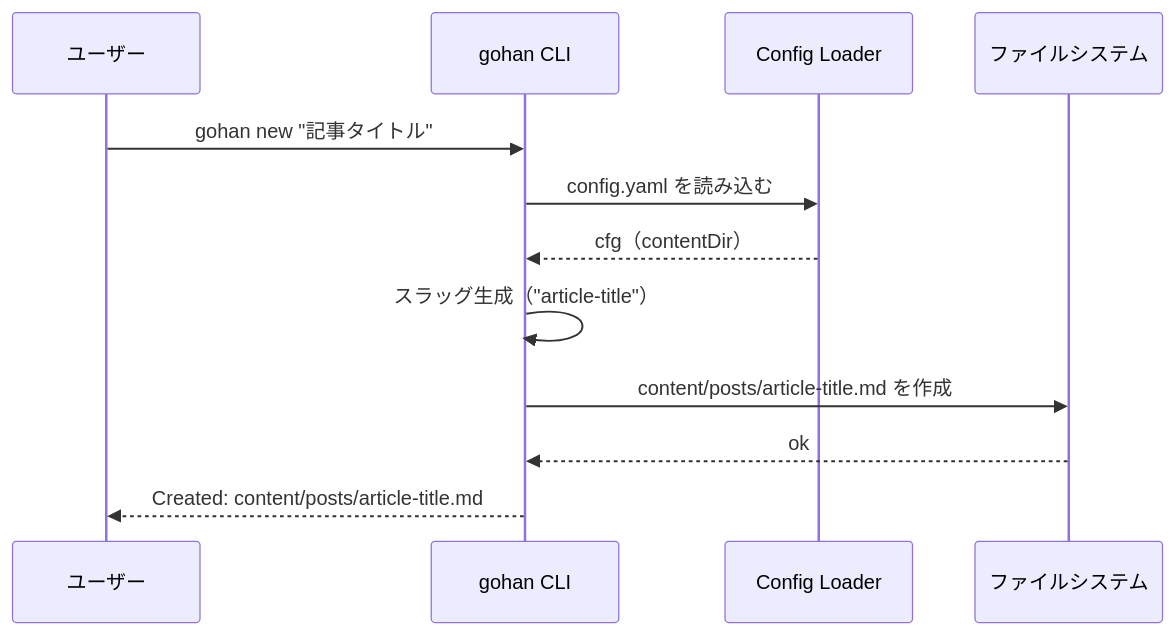
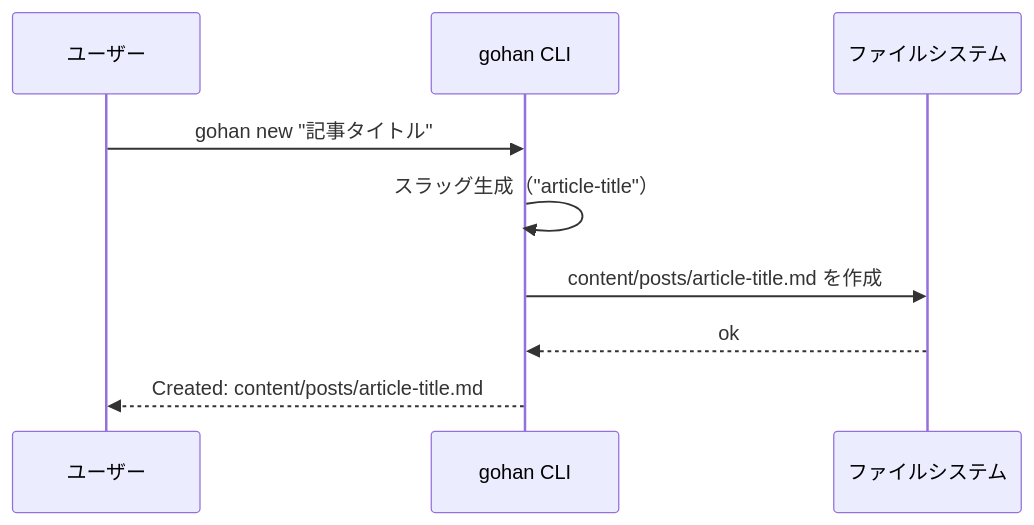
Before and after one commit to bmf-san/gohan: the fourth of 4 diagrams in docs/DESIGN_DOC.ja.md, drawn with Mermaid. The commit also changed other lines of this file and 1 other file, not shown here.

````diff
--- a/docs/DESIGN_DOC.ja.md
+++ b/docs/DESIGN_DOC.ja.md
@@ -544,15 +546,12 @@
 ```mermaid
 sequenceDiagram
     participant User as ユーザー
     participant CLI as gohan CLI
-    participant Config as Config Loader
     participant FS as ファイルシステム
 
     User->>CLI: gohan new "記事タイトル"
-    CLI->>Config: config.yaml を読み込む
-    Config-->>CLI: cfg（contentDir）
     CLI->>CLI: スラッグ生成（"article-title"）
     CLI->>FS: content/posts/article-title.md を作成
     FS-->>CLI: ok
     CLI-->>User: Created: content/posts/article-title.md
 ```
````
